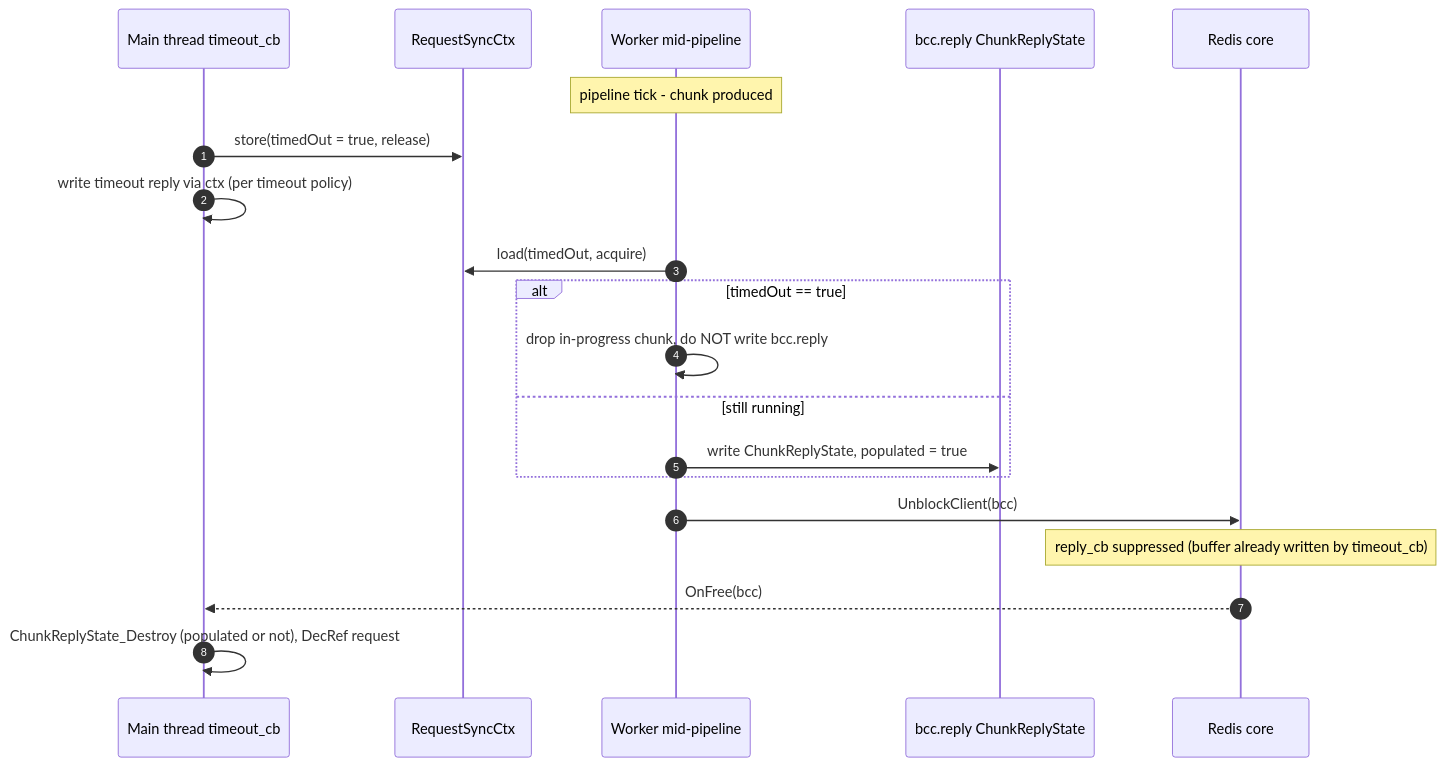
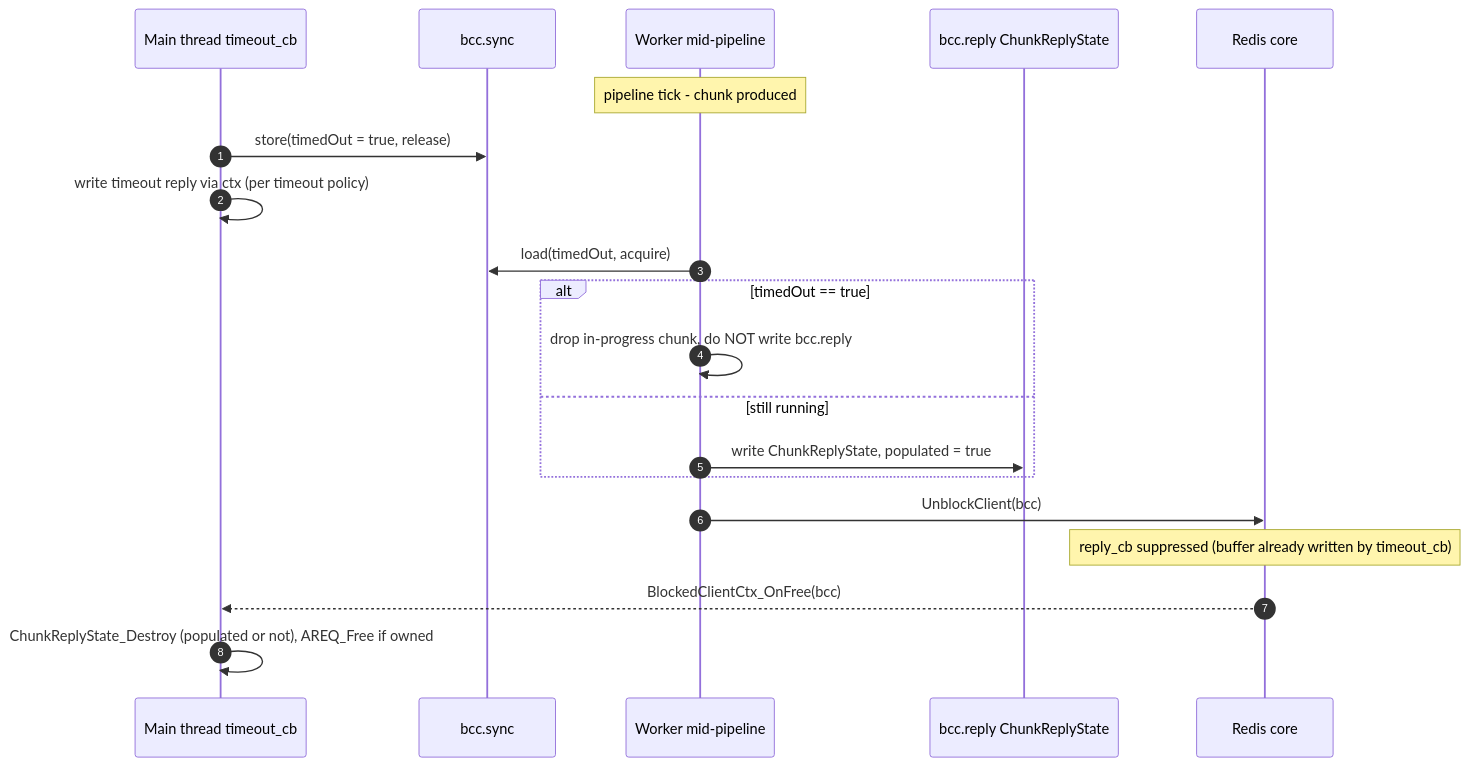
Before and after one commit to RediSearch/RediSearch: the fifth of 5 diagrams in docs/design/blocked_client_refactor.md, drawn with Mermaid. The commit also changed other lines of this file, not shown here.

````diff
--- a/docs/design/blocked_client_refactor.md
+++ b/docs/design/blocked_client_refactor.md
@@ -454,23 +509,23 @@
 ```mermaid
 sequenceDiagram
   autonumber
   participant Main as Main thread timeout_cb
-  participant Sync as RequestSyncCtx
+  participant Sync as bcc.sync
   participant Worker as Worker mid-pipeline
   participant Reply as bcc.reply ChunkReplyState
   participant Redis as Redis core
 
   Note over Worker: pipeline tick - chunk produced
   Main->>Sync: store(timedOut = true, release)
   Main->>Main: write timeout reply via ctx (per timeout policy)
   Worker->>Sync: load(timedOut, acquire)
   alt timedOut == true
     Worker->>Worker: drop in-progress chunk, do NOT write bcc.reply
   else still running
     Worker->>Reply: write ChunkReplyState, populated = true
   end
   Worker->>Redis: UnblockClient(bcc)
   Note over Redis: reply_cb suppressed (buffer already written by timeout_cb)
-  Redis-->>Main: OnFree(bcc)
-  Main->>Main: ChunkReplyState_Destroy (populated or not), DecRef request
+  Redis-->>Main: BlockedClientCtx_OnFree(bcc)
+  Main->>Main: ChunkReplyState_Destroy (populated or not), AREQ_Free if owned
 ```
````
